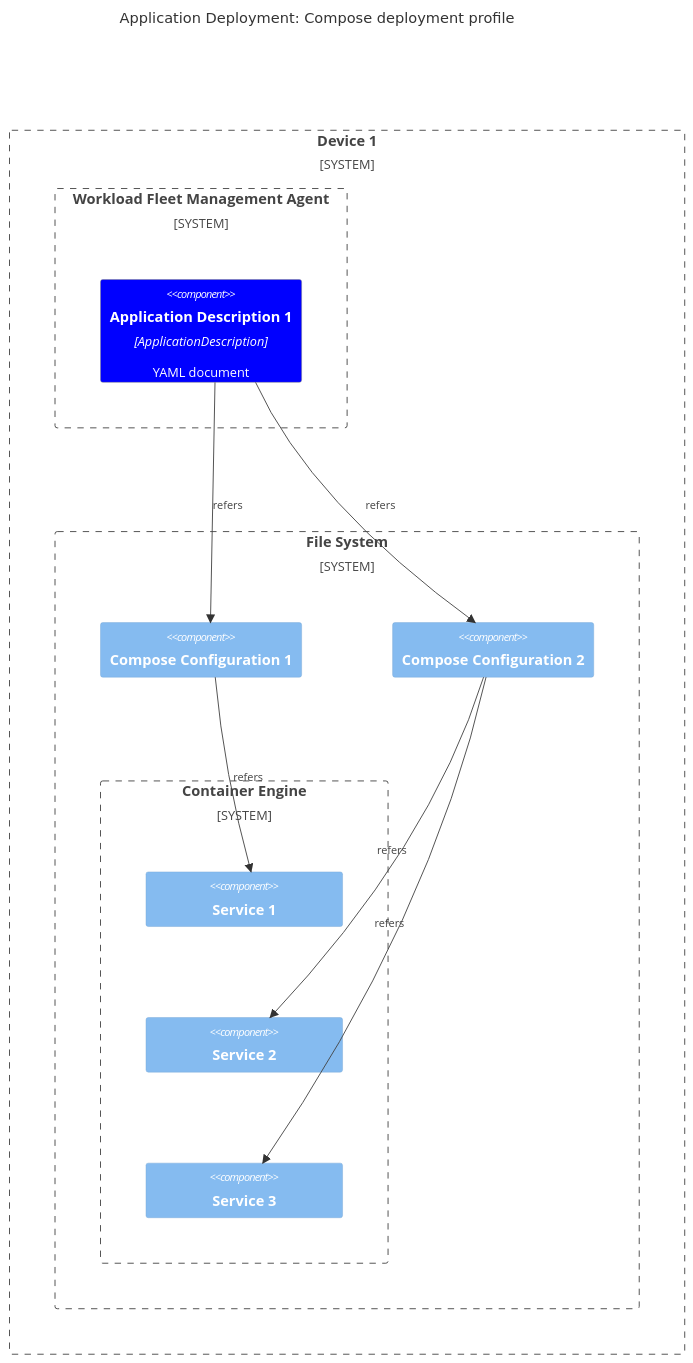
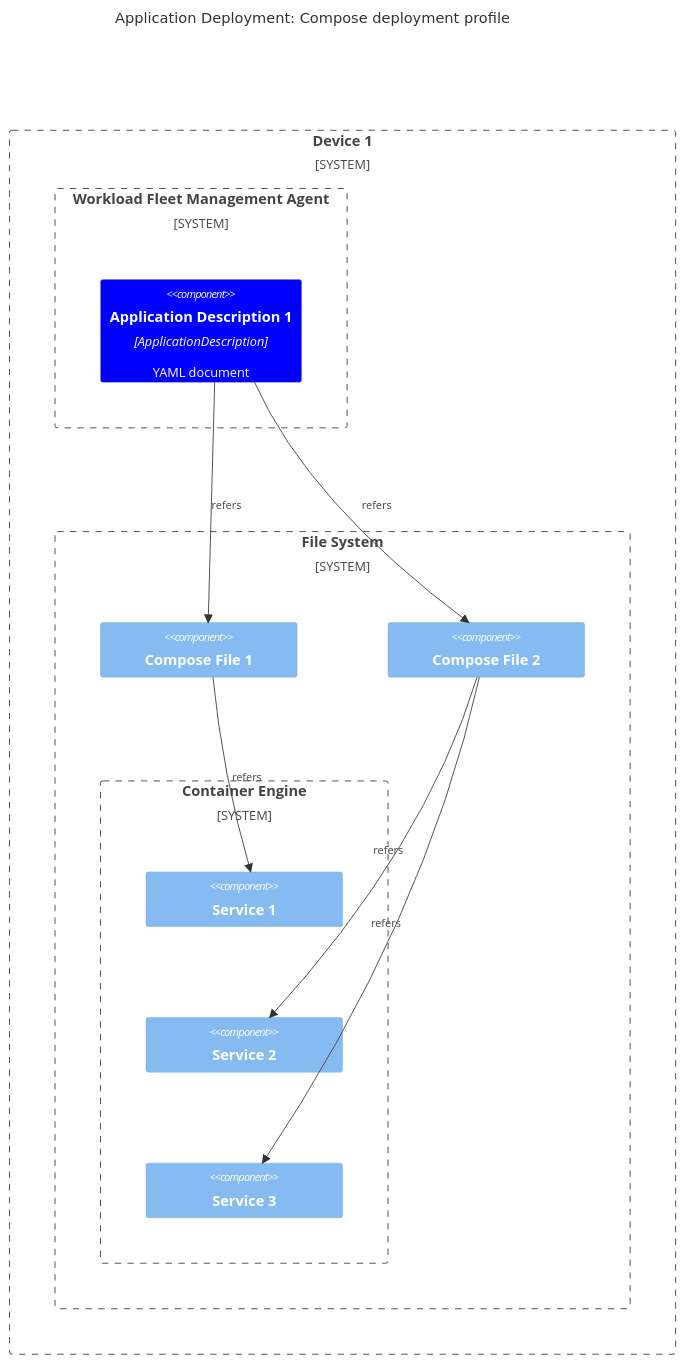
One commit to margo/specification changed the sixth of 6 diagrams in system-design/margo-overview/software-composition.md. Above: the diagram before and after it, drawn with Mermaid. The commit also changed other lines of this file and 1 other file, not shown here.

````diff
--- a/system-design/margo-overview/software-composition.md
+++ b/system-design/margo-overview/software-composition.md
@@ -301,30 +245,30 @@
 ```mermaid
 C4Component
     title Application Deployment: Compose deployment profile
 
     UpdateLayoutConfig($c4BoundaryInRow="3", $c4ShapeInRow="1")
 
     System_Boundary(dev1, "Device 1") {
         System_Boundary(woa1, "Workload Fleet Management Agent") {
             Component(atb1, "Application Description 1", "ApplicationDescription", "YAML document")
         }
 
         System_Boundary(fs1, "File System") {
-            Component(cc1, "Compose Configuration 1")
-            Component(cc2, "Compose Configuration 2")
+            Component(cc1, "Compose File 1")
+            Component(cc2, "Compose File 2")
             System_Boundary(doc1, "Container Engine") {
                 Component(srv1, "Service 1")
                 Component(srv2, "Service 2")
                 Component(srv3, "Service 3")
             }
         }
     }
 
     Rel(atb1, cc1, "refers")
     Rel(atb1, cc2, "refers")
     Rel(cc1, srv1, "refers")
     Rel(cc2, srv2, "refers")
     Rel(cc2, srv3, "refers")
 
     UpdateElementStyle(atb1, $fontColor="white", $bgColor="blue", $borderColor="grey")
 ```
````
